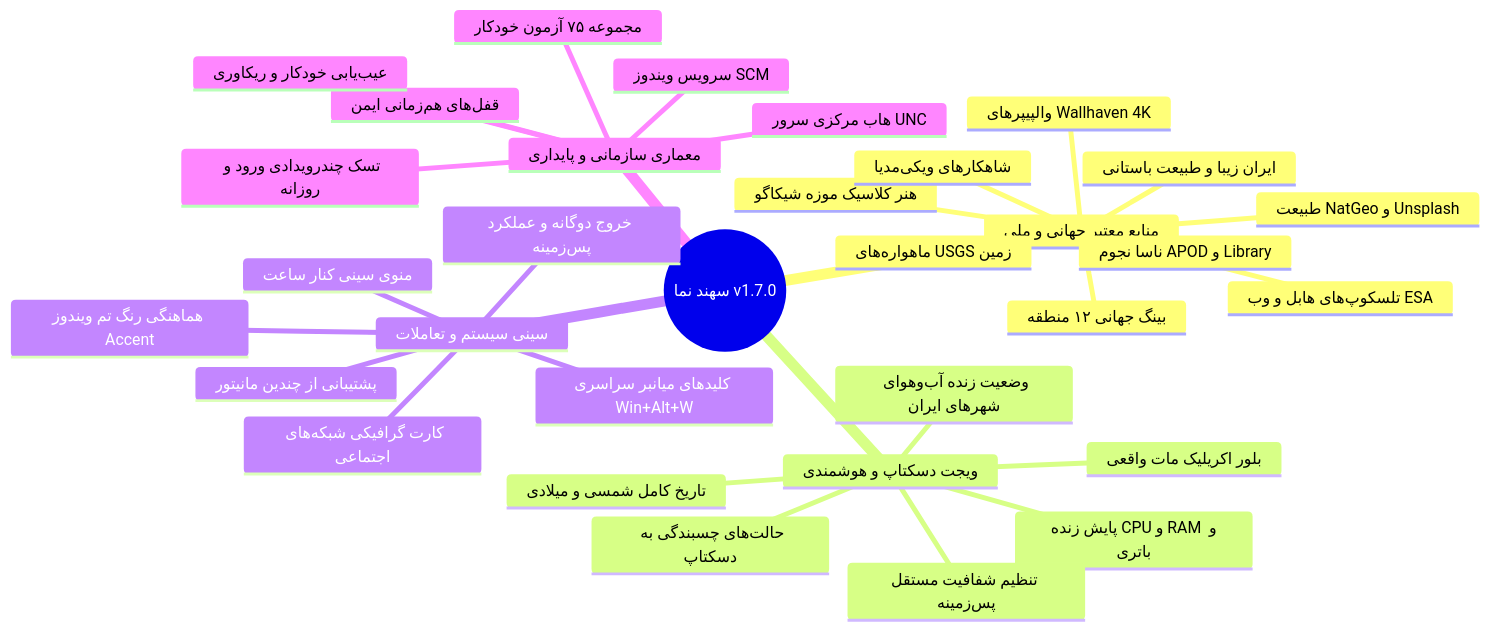
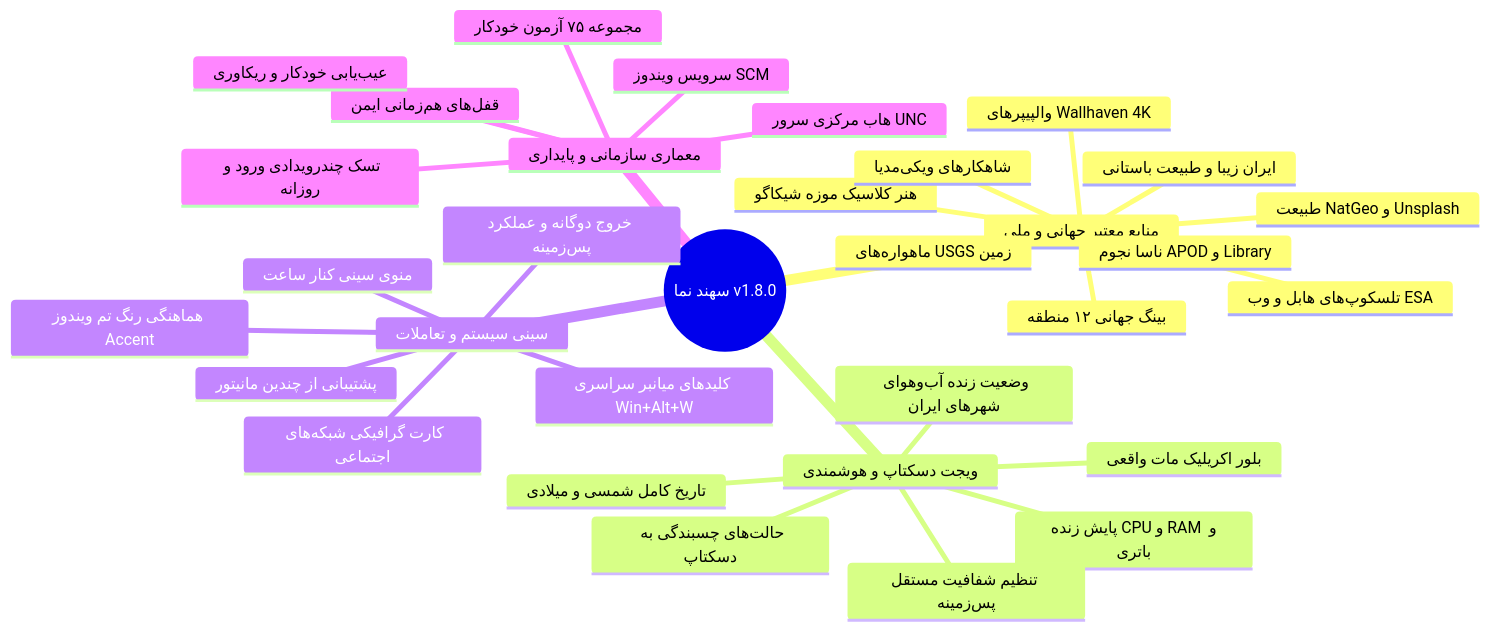
Before and after one commit to taimazus/SetWinWallpaper: the diagram in docs/wiki/Home.md, drawn with Mermaid. The commit also changed other lines of this file and 13 other files, not shown here.

````diff
--- a/docs/wiki/Home.md
+++ b/docs/wiki/Home.md
@@ -22,35 +22,35 @@
 ```mermaid
 mindmap
-  root((سهند نما v1.7.0))
+  root((سهند نما v1.8.0))
     منابع معتبر جهانی و ملی
       بینگ جهانی ۱۲ منطقه
       ایران زیبا و طبیعت باستانی
       والپیپرهای Wallhaven 4K
       هنر کلاسیک موزه شیکاگو
       طبیعت NatGeo و Unsplash
       ناسا نجوم APOD و Library
       تلسکوپ‌های هابل و وب ESA
       شاهکارهای ویکی‌مدیا
       ماهواره‌های USGS زمین
     ویجت دسکتاپ و هوشمندی
       بلور اکریلیک مات واقعی
       تاریخ کامل شمسی و میلادی
       وضعیت زنده آب‌وهوای شهرهای ایران
       پایش زنده CPU و RAM و باتری
       تنظیم شفافیت مستقل پس‌زمینه
       حالت‌های چسبندگی به دسکتاپ
     سینی سیستم و تعاملات
       منوی سینی کنار ساعت
       خروج دوگانه و عملکرد پس‌زمینه
       کلیدهای میانبر سراسری Win+Alt+W
       هماهنگی رنگ تم ویندوز Accent
       کارت گرافیکی شبکه‌های اجتماعی
       پشتیبانی از چندین مانیتور
     معماری سازمانی و پایداری
       هاب مرکزی سرور UNC
       سرویس ویندوز SCM
       تسک چندرویدادی ورود و روزانه
       قفل‌های هم‌زمانی ایمن
       عیب‌یابی خودکار و ریکاوری
       مجموعه ۷۵ آزمون خودکار
 ```
````
